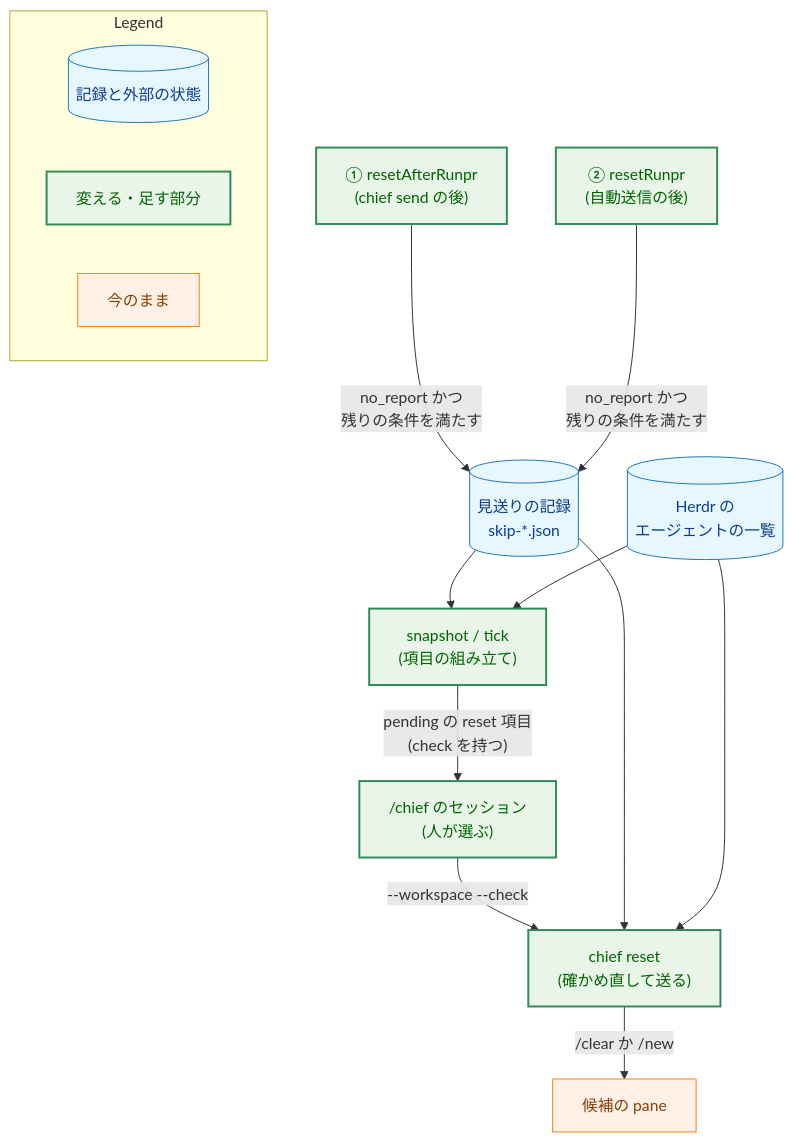
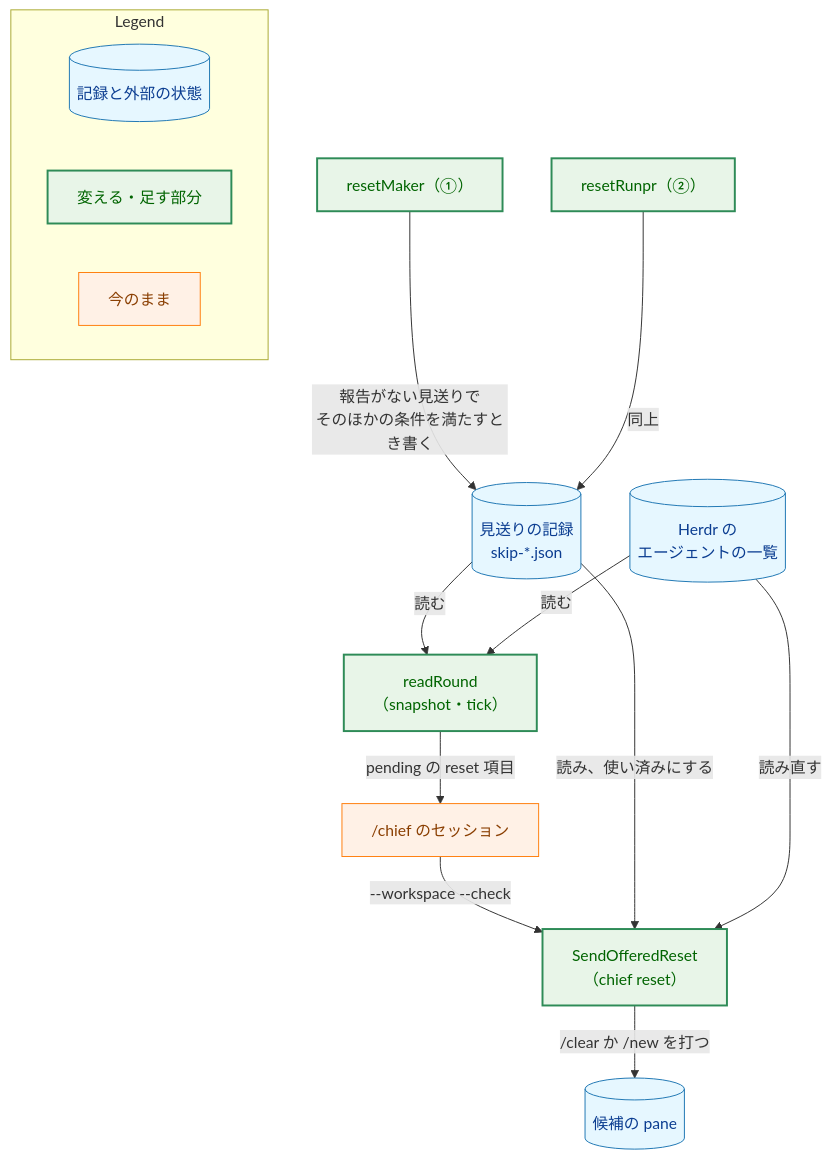
Before and after one commit to isseis/yt2column: the first of 2 diagrams in docs/tasks/0097_chief_reset_offer/02_architecture.md, drawn with Mermaid. The commit also changed other lines of this file and 3 other files, not shown here.

````diff
--- a/docs/tasks/0097_chief_reset_offer/02_architecture.md
+++ b/docs/tasks/0097_chief_reset_offer/02_architecture.md
@@ -48,38 +60,38 @@
 ```mermaid
 flowchart TD
     classDef data fill:#e6f7ff,stroke:#1f77b4,stroke-width:1px,color:#0b3d91;
     classDef process fill:#fff1e6,stroke:#ff7f0e,stroke-width:1px,color:#8a3e00;
     classDef enhanced fill:#e8f5e8,stroke:#2e8b57,stroke-width:2px,color:#006400;
 
-    R1["① resetAfterRunpr<br>(chief send の後)"]
-    R2["② resetRunpr<br>(自動送信の後)"]
+    R1["resetMaker（①）"]
+    R2["resetRunpr（②）"]
     REC[("見送りの記録<br>skip-*.json")]
-    ROUND["snapshot / tick<br>(項目の組み立て)"]
+    ROUND["readRound<br>（snapshot・tick）"]
     HERDR[("Herdr の<br>エージェントの一覧")]
-    SESSION["/chief のセッション<br>(人が選ぶ)"]
-    RESET["chief reset<br>(確かめ直して送る)"]
-    PANE["候補の pane"]
+    SESSION["/chief のセッション"]
+    RESET["SendOfferedReset<br>（chief reset）"]
+    PANE[("候補の pane")]
 
-    R1 -->|"no_report かつ<br>残りの条件を満たす"| REC
-    R2 -->|"no_report かつ<br>残りの条件を満たす"| REC
-    REC --> ROUND
-    HERDR --> ROUND
-    ROUND -->|"pending の reset 項目<br>(check を持つ)"| SESSION
+    R1 -->|"報告がない見送りで<br>そのほかの条件を満たすとき書く"| REC
+    R2 -->|"同上"| REC
+    REC -->|"読む"| ROUND
+    HERDR -->|"読む"| ROUND
+    ROUND -->|"pending の reset 項目"| SESSION
     SESSION -->|"--workspace --check"| RESET
-    REC --> RESET
-    HERDR --> RESET
-    RESET -->|"/clear か /new"| PANE
+    REC -->|"読み、使い済みにする"| RESET
+    HERDR -->|"読み直す"| RESET
+    RESET -->|"/clear か /new を打つ"| PANE
 
-    class REC,HERDR data
-    class PANE process
-    class R1,R2,ROUND,RESET,SESSION enhanced
+    class REC,HERDR,PANE data
+    class SESSION process
+    class R1,R2,ROUND,RESET enhanced
 
     subgraph Legend["Legend"]
         L1[("記録と外部の状態")]
         L2["変える・足す部分"]
         L3["今のまま"]
     end
     class L1 data
     class L2 enhanced
     class L3 process
 ```
````
